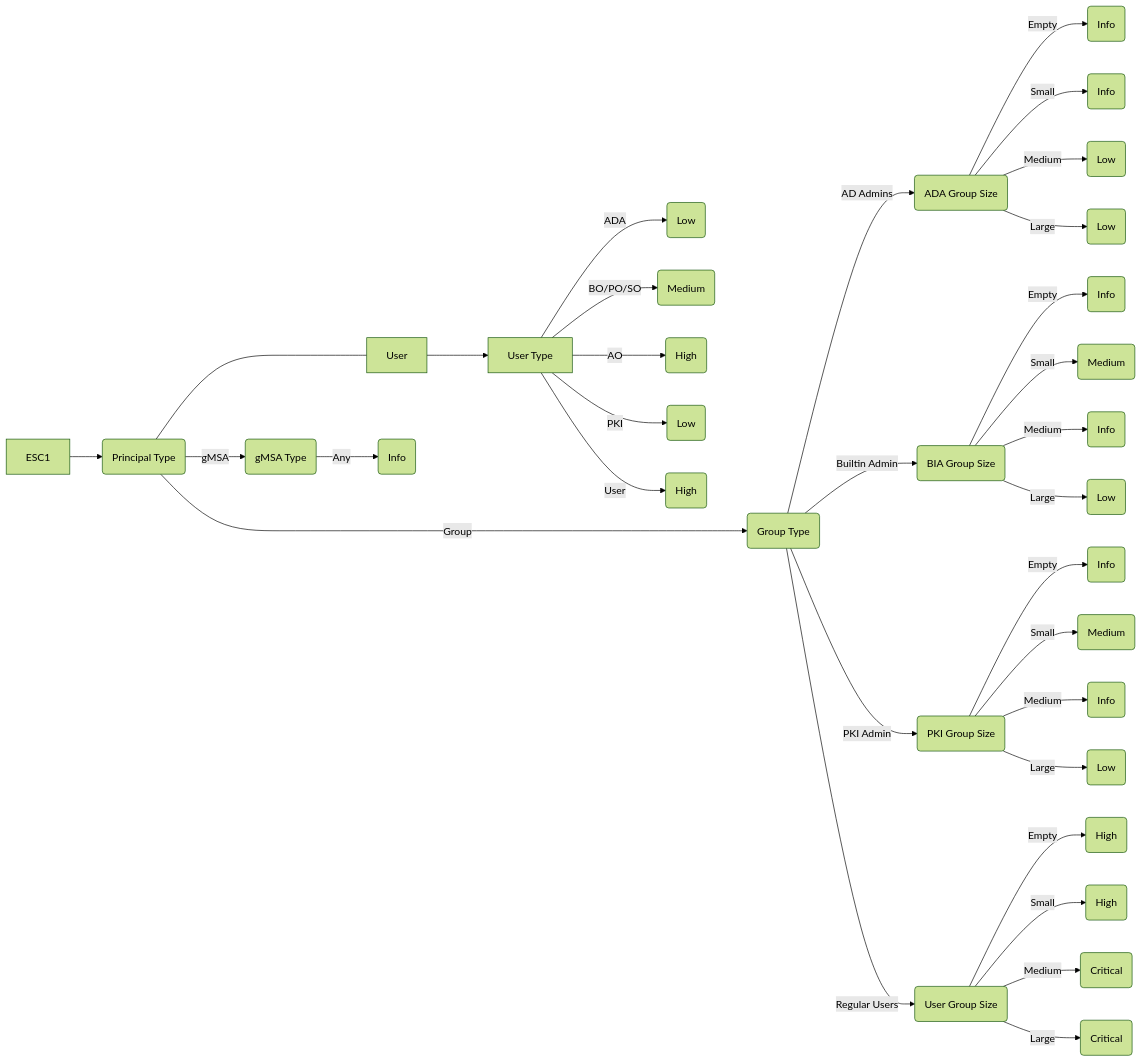
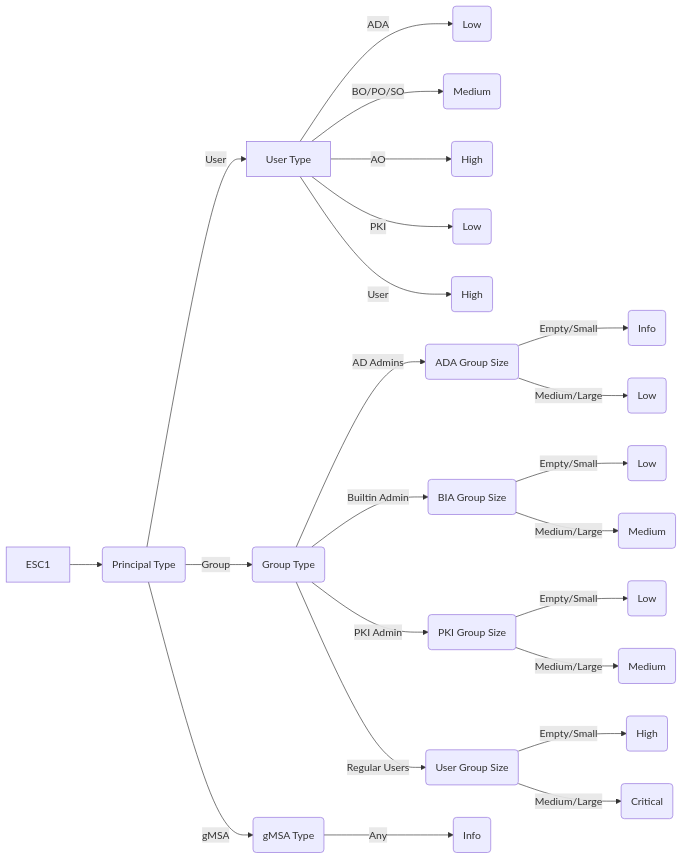
Before and after one commit to TrimarcJake/Locksmith: the diagram in Graphics/ESC1.md, drawn with Mermaid.

Commit message:
Minimize and streamline because Sunday mornings are for optimization

````diff
--- a/Graphics/ESC1.md
+++ b/Graphics/ESC1.md
@@ -1,34 +1,25 @@
 ```mermaid
-%%{init: {'theme':'forest'}}%%
 flowchart LR
     ESC1 --> PrincipalType(Principal Type);
-        PrincipalType ---- User --> UserType["User Type"];
+        PrincipalType -->|User| UserType["User Type"];
             UserType -- ADA --> ADAUPriority(Low);
             UserType -- BO/PO/SO --> BIAUPriority(Medium);
             UserType -- AO --> AOUPriority(High);
             UserType -- PKI --> PKIAUPriority(Low);
             UserType -- User --> UserPriority(High);
-    PrincipalType ------>|Group| GroupType("Group Type");
+    PrincipalType -->|Group| GroupType("Group Type");
             GroupType -- AD Admins --> ADASize(ADA Group Size);
-                ADASize -- Empty --> ADAEGPriority(Info);
-                ADASize -- Small --> ADASGPriority(Info);
-                ADASize -- Medium --> ADAMGPriority(Low);
-                ADASize -- Large --> ADALGPriority(Low);
+                ADASize -- Empty/Small --> ADAEGPriority(Info);
+                ADASize -- Medium/Large --> ADAMGPriority(Low);
             GroupType -- Builtin Admin --> BIASize(BIA Group Size);
-                BIASize -- Empty --> BIAEGPriority(Info);
-                BIASize -- Small --> BIASGPriority(Medium);
-                BIASize -- Medium --> BIAMGPriority(Info);
-                BIASize -- Large --> BIALGPriority(Low);
+                BIASize -- Empty/Small --> BIAEGPriority(Low);
+                BIASize -- Medium/Large --> BIAMGPriority(Medium);
             GroupType -- PKI Admin --> PKIASize(PKI Group Size);
-                PKIASize -- Empty --> PKIAEGPriority(Info);
-                PKIASize -- Small --> PKIASGPriority(Medium);
-                PKIASize -- Medium --> PKIAMGPriority(Info);
-                PKIASize -- Large --> PKIALGPriority(Low);
+                PKIASize -- Empty/Small --> PKIAEGPriority(Low);
+                PKIASize -- Medium/Large --> PKIAMGPriority(Medium);
             GroupType -- Regular Users --> UsersSize(User Group Size);
-                UsersSize -- Empty --> UsersEGPriority(High);
-                UsersSize -- Small --> UsersSGPriority(High);
-                UsersSize -- Medium --> UsersMGPriority(Critical);
-                UsersSize -- Large --> UsersLGPriority(Critical);
-    PrincipalType -- gMSA --> gMSAType(gMSA Type);
+                UsersSize -- Empty/Small --> UsersEGPriority(High);
+                UsersSize -- Medium/Large --> UsersMGPriority(Critical);
+    PrincipalType -->|gMSA| gMSAType(gMSA Type);
             gMSAType -- Any --> gMSAPriority(Info);
 ```
````
